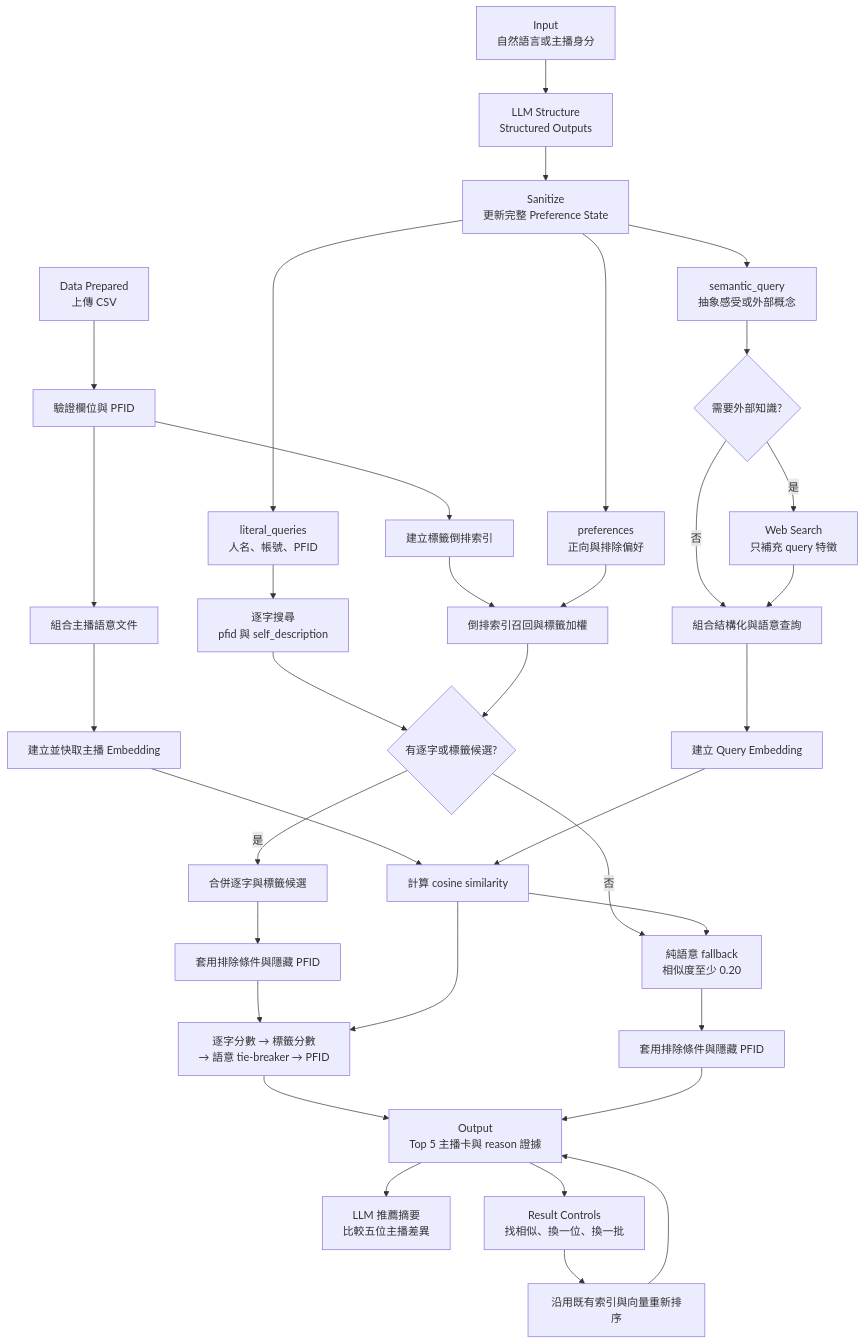
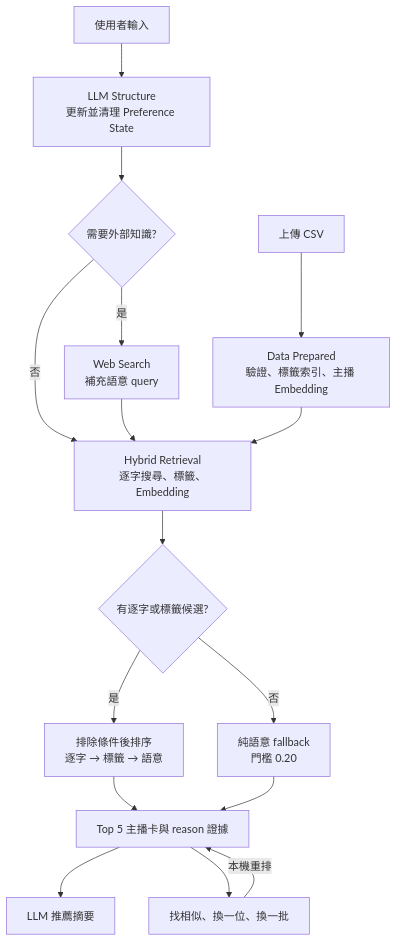
Before and after one commit to zzzpatr/streamer_recommend: the first of 2 diagrams in README.md, drawn with Mermaid. The commit also changed other lines of this file, not shown here.

Commit message:
update mermaid

````diff
--- a/README.md
+++ b/README.md
@@ -46,42 +46,18 @@
 ```mermaid
 flowchart TD
-    CSV[Data Prepared<br/>上傳 CSV] --> V[驗證欄位與 PFID]
-    V --> I[建立標籤倒排索引]
-    V --> SD[組合主播語意文件]
-    SD --> SE[建立並快取主播 Embedding]
-
-    A[Input<br/>自然語言或主播身分] --> LLM[LLM Structure<br/>Structured Outputs]
-    LLM --> SAN[Sanitize<br/>更新完整 Preference State]
-
-    SAN --> LQ[literal_queries<br/>人名、帳號、PFID]
-    LQ --> LS[逐字搜尋<br/>pfid 與 self_description]
-
-    SAN --> P[preferences<br/>正向與排除偏好]
-    I --> TS[倒排索引召回與標籤加權]
-    P --> TS
-
-    SAN --> SQ[semantic_query<br/>抽象感受或外部概念]
-    SQ --> WEB{需要外部知識?}
-    WEB -- 是 --> WX[Web Search<br/>只補充 query 特徵]
-    WEB -- 否 --> CQ[組合結構化與語意查詢]
-    WX --> CQ
-    CQ --> QE[建立 Query Embedding]
-    SE --> VS[計算 cosine similarity]
-    QE --> VS
-
-    LS --> C{有逐字或標籤候選?}
-    TS --> C
-    C -- 是 --> UNION[合併逐字與標籤候選]
-    UNION --> EX[套用排除條件與隱藏 PFID]
-    EX --> SORT[逐字分數 → 標籤分數<br/>→ 語意 tie-breaker → PFID]
-    C -- 否 --> FALLBACK[純語意 fallback<br/>相似度至少 0.20]
-    VS --> SORT
-    VS --> FALLBACK
-    FALLBACK --> EX2[套用排除條件與隱藏 PFID]
-    SORT --> TOP[Output<br/>Top 5 主播卡與 reason 證據]
-    EX2 --> TOP
-    TOP --> SUM[LLM 推薦摘要<br/>比較五位主播差異]
-    TOP --> CTRL[Result Controls<br/>找相似、換一位、換一批]
-    CTRL --> RERANK[沿用既有索引與向量重新排序]
-    RERANK --> TOP
+    CSV[上傳 CSV] --> PREP[Data Prepared<br/>驗證、標籤索引、主播 Embedding]
+    INPUT[使用者輸入] --> STATE[LLM Structure<br/>更新並清理 Preference State]
+    STATE --> WEB{需要外部知識?}
+    WEB -- 是 --> EXPAND[Web Search<br/>補充語意 query]
+    WEB -- 否 --> RETRIEVE[Hybrid Retrieval<br/>逐字搜尋、標籤、Embedding]
+    EXPAND --> RETRIEVE
+    PREP --> RETRIEVE
+    RETRIEVE --> CANDIDATE{有逐字或標籤候選?}
+    CANDIDATE -- 是 --> RANK[排除條件後排序<br/>逐字 → 標籤 → 語意]
+    CANDIDATE -- 否 --> SEMANTIC[純語意 fallback<br/>門檻 0.20]
+    RANK --> TOP[Top 5 主播卡與 reason 證據]
+    SEMANTIC --> TOP
+    TOP --> SUMMARY[LLM 推薦摘要]
+    TOP --> CONTROL[找相似、換一位、換一批]
+    CONTROL -- 本機重排 --> TOP
 ```
````
